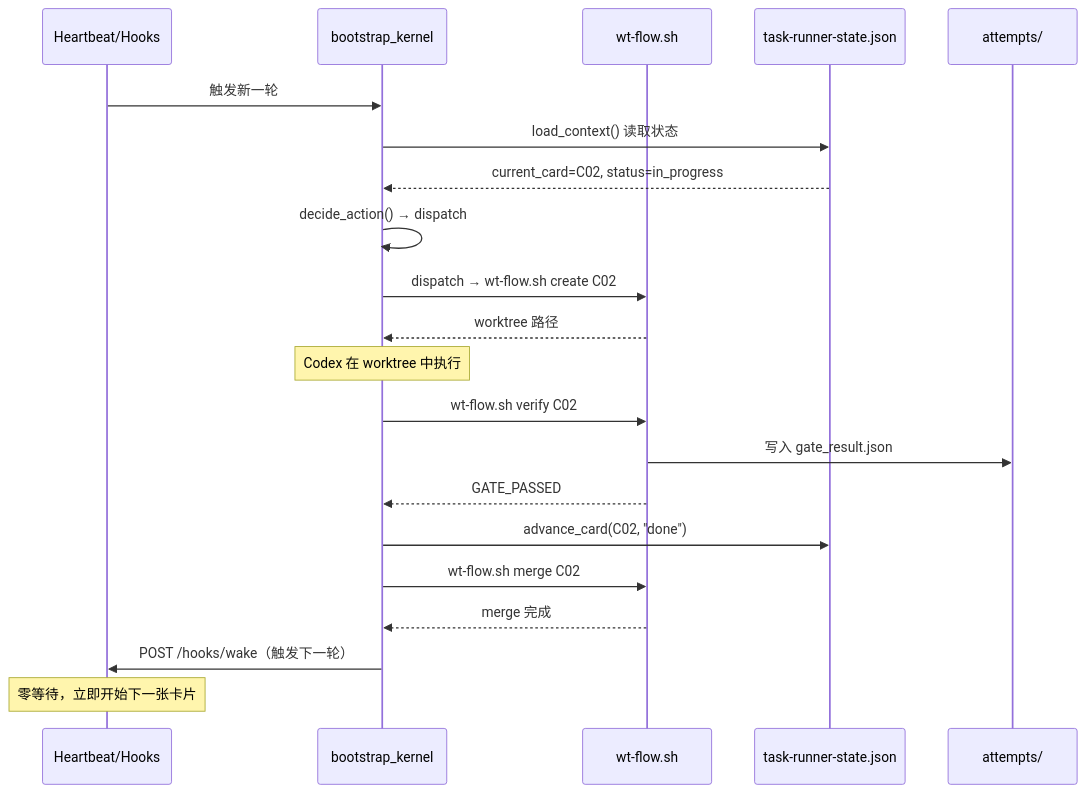
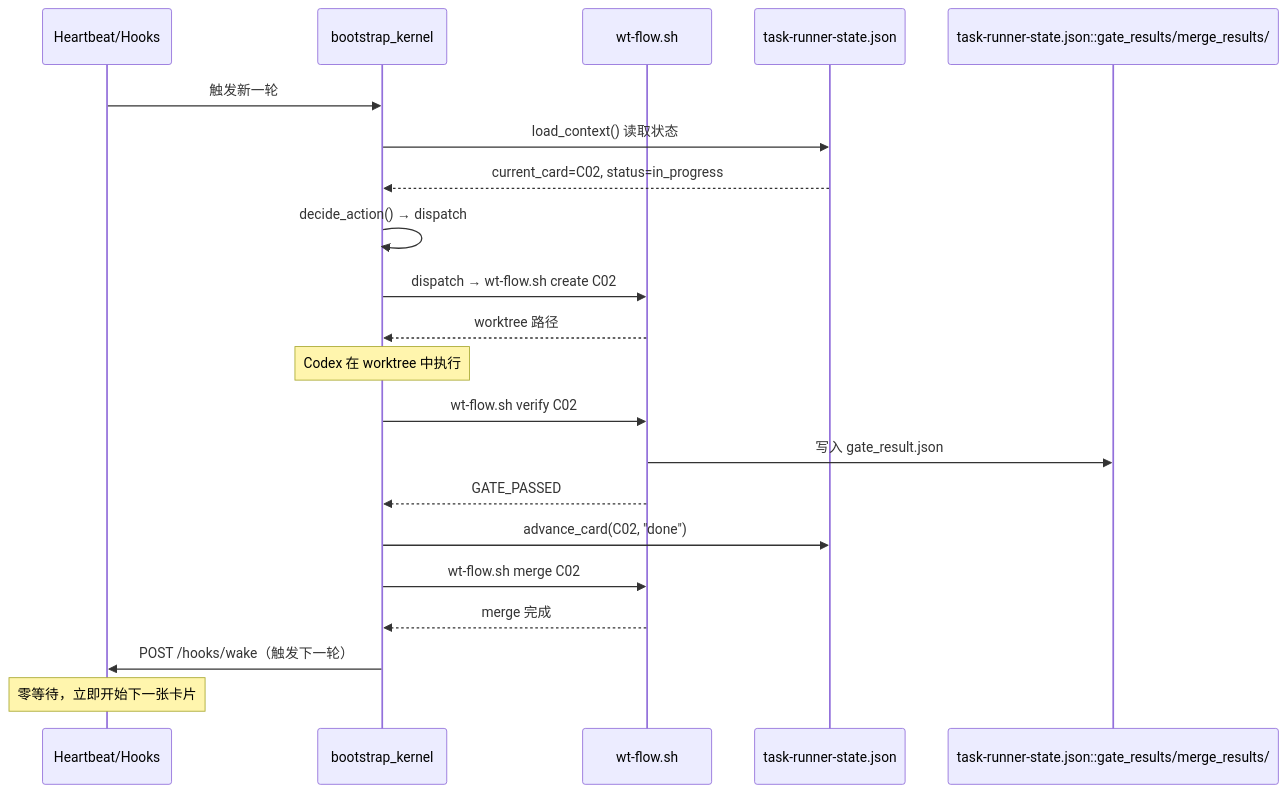
The seventh of 20 diagrams in docs/内部参考/迭代需求/自动化大型任务开发设计方案.md (jijingkun-commits/fastapi), drawn with Mermaid before and after one commit. The commit also changed other lines of this file and 174 other files, not shown here.

````diff
--- a/docs/内部参考/迭代需求/自动化大型任务开发设计方案.md
+++ b/docs/内部参考/迭代需求/自动化大型任务开发设计方案.md
@@ -1089,30 +1089,30 @@
 ```mermaid
 sequenceDiagram
     participant HB as Heartbeat/Hooks
     participant BK as bootstrap_kernel
     participant WT as wt-flow.sh
     participant ST as task-runner-state.json
-    participant AT as attempts/
+    participant AT as task-runner-state.json::gate_results/merge_results/
 
     HB->>BK: 触发新一轮
     BK->>ST: load_context() 读取状态
     ST-->>BK: current_card=C02, status=in_progress
 
     BK->>BK: decide_action() → dispatch
     BK->>WT: dispatch → wt-flow.sh create C02
     WT-->>BK: worktree 路径
 
     Note over BK: Codex 在 worktree 中执行
 
     BK->>WT: wt-flow.sh verify C02
     WT->>AT: 写入 gate_result.json
     WT-->>BK: GATE_PASSED
 
     BK->>ST: advance_card(C02, "done")
     BK->>WT: wt-flow.sh merge C02
     WT-->>BK: merge 完成
 
     BK->>HB: POST /hooks/wake（触发下一轮）
 
     Note over HB: 零等待，立即开始下一张卡片
 ```
````
